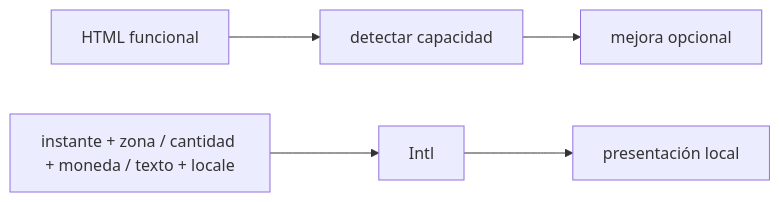
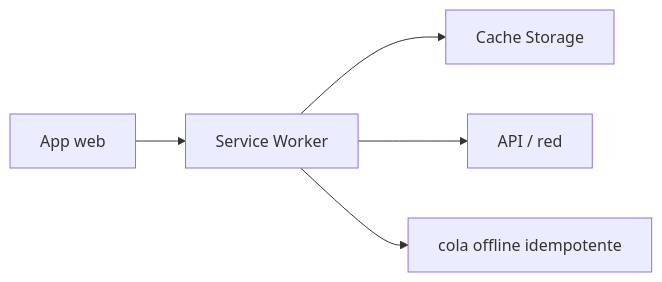
One commit to NICORUIZ93/The_Imperial_Book changed diagram 20 of 21 in web/public/content/javascript/modulo-13.md. Above: the diagram before and after it, drawn with Mermaid. The commit also changed other lines of this file and 305 other files, not shown here.

````diff
--- a/web/public/content/javascript/modulo-13.md
+++ b/web/public/content/javascript/modulo-13.md
@@ -258,5 +1130,7 @@
 ```mermaid
 flowchart LR
-    BASE["HTML funcional"] --> DETECT["detectar capacidad"] --> ENHANCE["mejora opcional"]
-    DATA["instante + zona / cantidad + moneda / texto + locale"] --> INTL["Intl"] --> PRESENT["presentación local"]
+    APP["App web"] --> SW["Service Worker"]
+    SW --> CACHE["Cache Storage"]
+    SW --> NETWORK["API / red"]
+    SW --> QUEUE["cola offline idempotente"]
 ```
````
